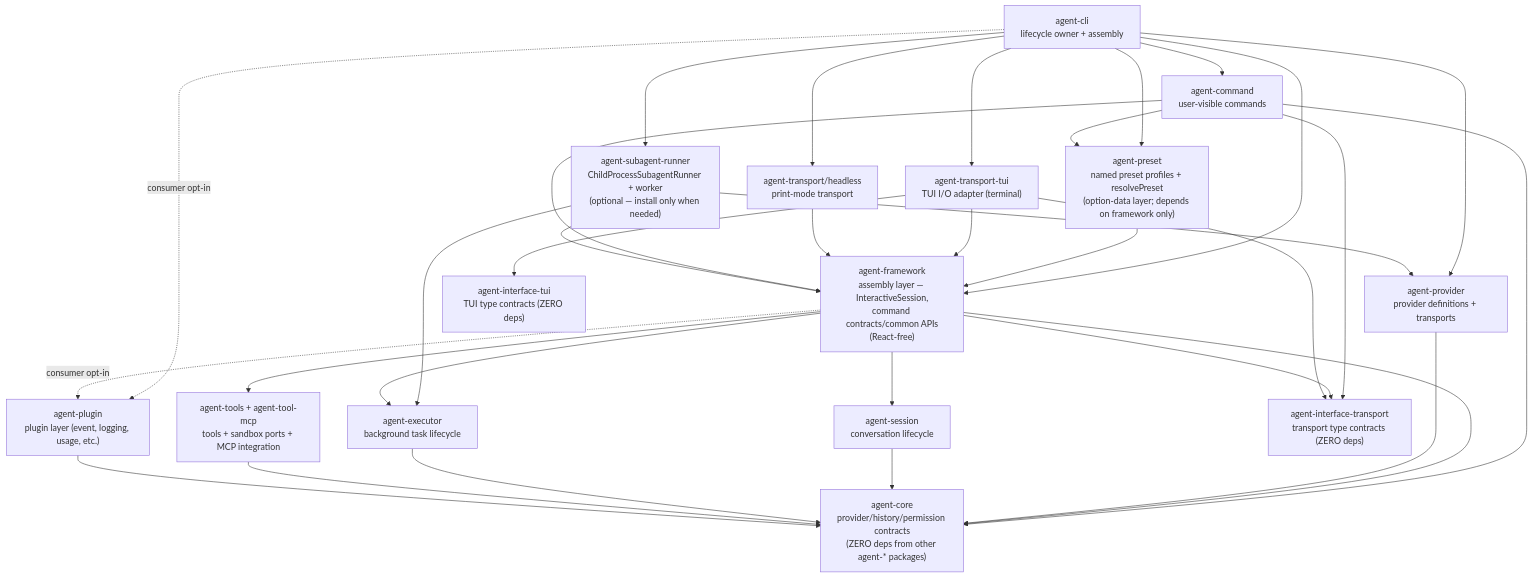
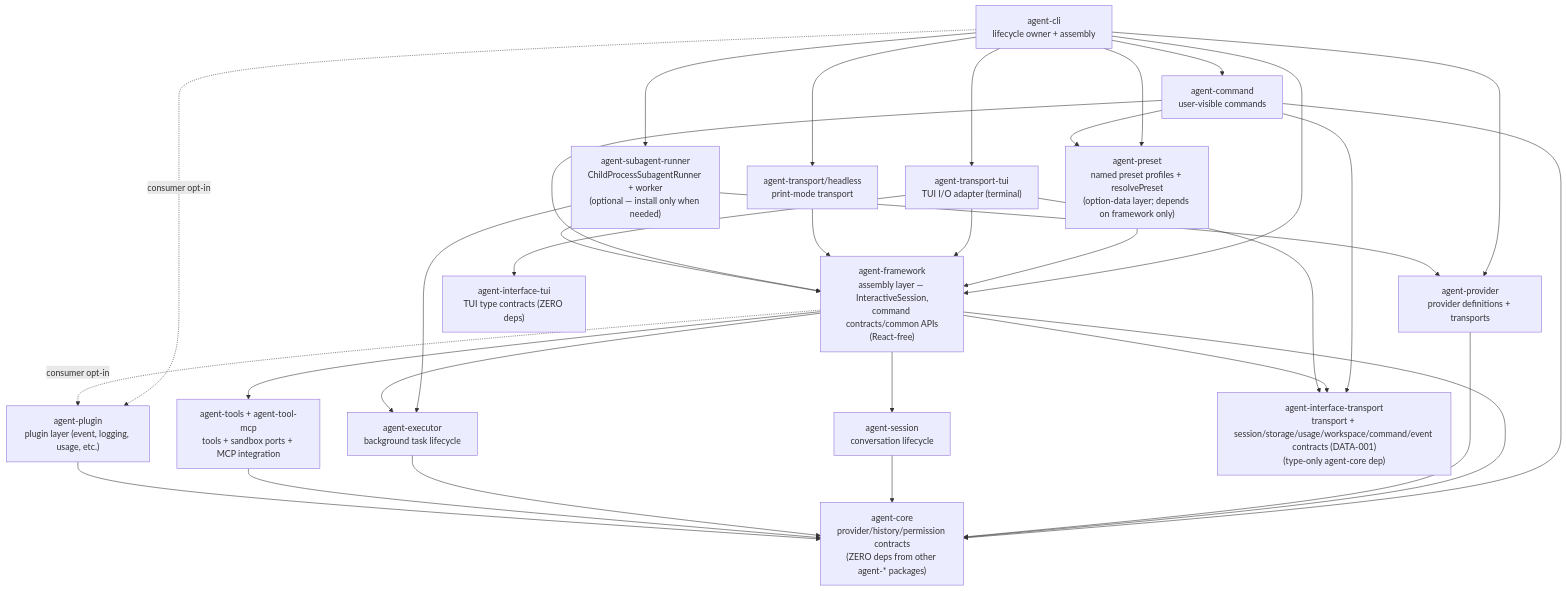
Before and after one commit to woojubb/robota: the first of 2 diagrams in .agents/specs/architecture-map/agent-system.md, drawn with Mermaid. The commit also changed 13 other files, not shown here.

````diff
--- a/.agents/specs/architecture-map/agent-system.md
+++ b/.agents/specs/architecture-map/agent-system.md
@@ -9,50 +9,50 @@
 ```mermaid
 flowchart TD
   AgentCLI["agent-cli\nlifecycle owner + assembly"]
   TuiTransport["agent-transport-tui\nTUI I/O adapter (terminal)"]
   Headless["agent-transport/headless\nprint-mode transport"]
   Commands["agent-command\nuser-visible commands"]
   Framework["agent-framework\nassembly layer — InteractiveSession,\ncommand contracts/common APIs\n(React-free)"]
   Preset["agent-preset\nnamed preset profiles + resolvePreset\n(option-data layer; depends on framework only)"]
   Sessions["agent-session\nconversation lifecycle"]
   Executor["agent-executor\nbackground task lifecycle"]
   Tools["agent-tools + agent-tool-mcp\ntools + sandbox ports + MCP integration"]
   Core["agent-core\nprovider/history/permission contracts\n(ZERO deps from other agent-* packages)"]
   Providers["agent-provider\nprovider definitions + transports"]
   SubagentRunner["agent-subagent-runner\nChildProcessSubagentRunner + worker\n(optional — install only when needed)"]
   Plugins["agent-plugin\nplugin layer (event, logging, usage, etc.)"]
-  IfaceTransport["agent-interface-transport\ntransport type contracts (ZERO deps)"]
+  IfaceTransport["agent-interface-transport\ntransport + session/storage/usage/workspace/command/event contracts (DATA-001)\n(type-only agent-core dep)"]
   IfaceTui["agent-interface-tui\nTUI type contracts (ZERO deps)"]
 
   AgentCLI --> TuiTransport
   AgentCLI --> Framework
   AgentCLI --> Commands
   AgentCLI --> Providers
   AgentCLI --> Headless
   AgentCLI --> SubagentRunner
   AgentCLI --> Preset
   Commands --> Preset
   Preset --> Framework
   TuiTransport --> Framework
   AgentCLI -. "consumer opt-in" .-> Plugins
   Headless --> Framework
   Commands --> Framework
   Commands --> Core
   Commands --> IfaceTransport
   SubagentRunner --> Framework
   SubagentRunner --> Executor
   SubagentRunner --> Providers
   Framework --> Sessions
   Framework --> Executor
   Framework --> Tools
   Framework --> Core
   Framework -. "consumer opt-in" .-> Plugins
   Providers --> Core
   Sessions --> Core
   Executor --> Core
   Tools --> Core
   Plugins --> Core
   Framework --> IfaceTransport
   TuiTransport --> IfaceTransport
   TuiTransport --> IfaceTui
 ```
````
